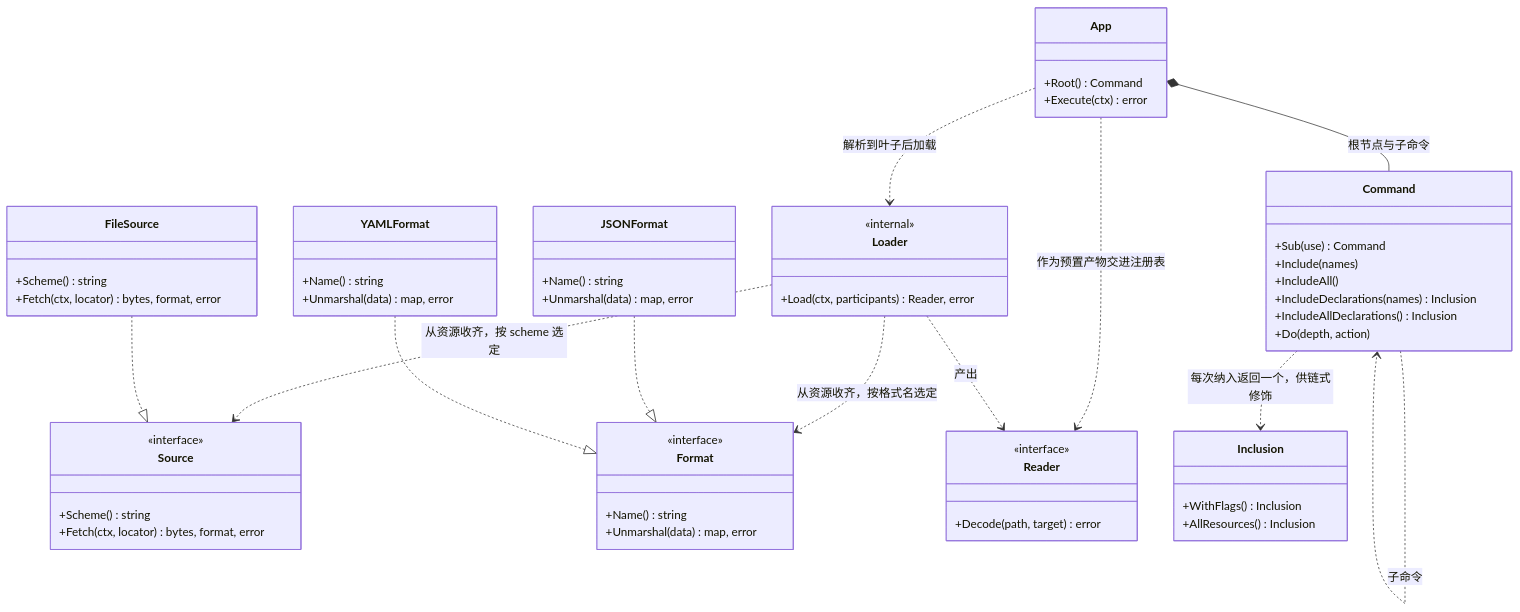
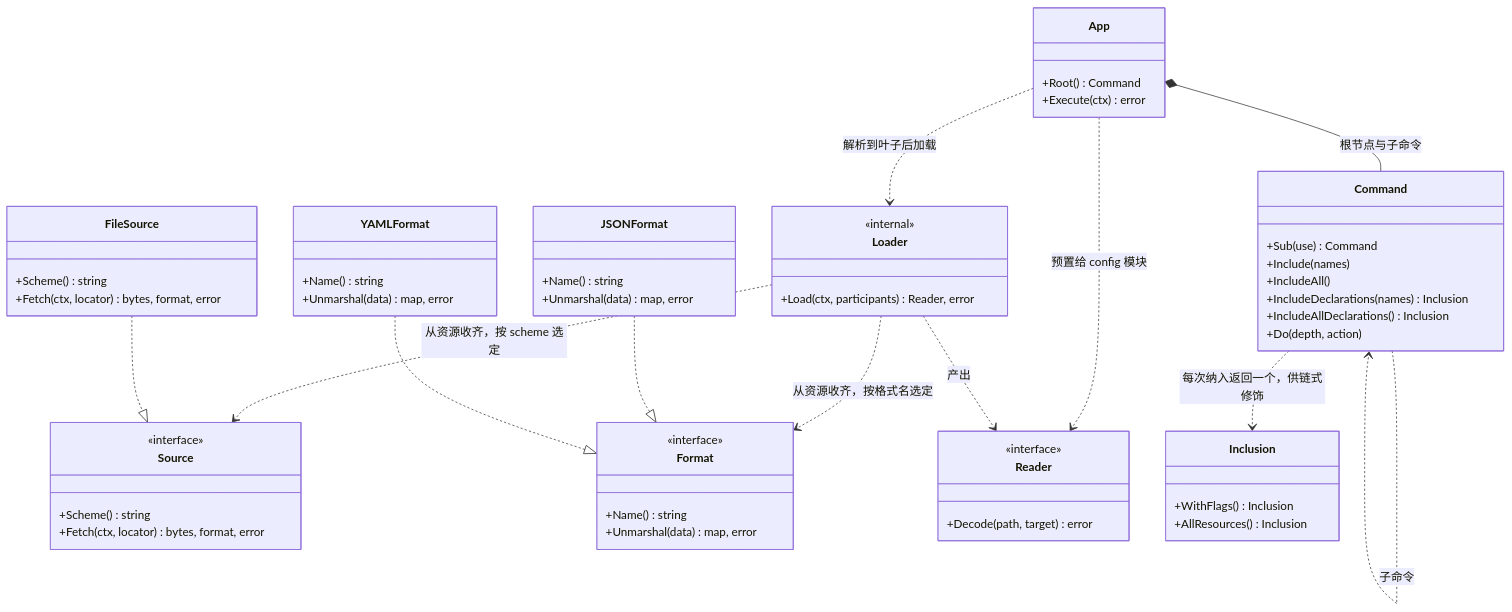
Before and after one commit to wangzw/speed: the first of 2 diagrams in docs/design/modules/design-config.md, drawn with Mermaid. The commit also changed other lines of this file and 56 other files, not shown here.

````diff
--- a/docs/design/modules/design-config.md
+++ b/docs/design/modules/design-config.md
@@ -284,61 +307,61 @@
 ```mermaid
 classDiagram
     class Source {
         <<interface>>
         +Scheme() string
         +Fetch(ctx, locator) bytes, format, error
     }
     class Format {
         <<interface>>
         +Name() string
         +Unmarshal(data) map, error
     }
     class Reader {
         <<interface>>
         +Decode(path, target) error
     }
     class App {
         +Root() Command
         +Execute(ctx) error
     }
     class Command {
         +Sub(use) Command
         +Include(names)
         +IncludeAll()
         +IncludeDeclarations(names) Inclusion
         +IncludeAllDeclarations() Inclusion
         +Do(depth, action)
     }
     class Inclusion {
         +WithFlags() Inclusion
         +AllResources() Inclusion
     }
     class Loader {
         <<internal>>
         +Load(ctx, participants) Reader, error
     }
     class FileSource {
         +Scheme() string
         +Fetch(ctx, locator) bytes, format, error
     }
     class JSONFormat {
         +Name() string
         +Unmarshal(data) map, error
     }
     class YAMLFormat {
         +Name() string
         +Unmarshal(data) map, error
     }
 
     App *-- Command : 根节点与子命令
     Command ..> Inclusion : 每次纳入返回一个，供链式修饰
     App ..> Loader : 解析到叶子后加载
-    App ..> Reader : 作为预置产物交进注册表
+    App ..> Reader : 预置给 config 模块
     Command ..> Command : 子命令
     Loader ..> Source : 从资源收齐，按 scheme 选定
     Loader ..> Format : 从资源收齐，按格式名选定
     Loader ..> Reader : 产出
     FileSource ..|> Source
     JSONFormat ..|> Format
     YAMLFormat ..|> Format
 ```
````
